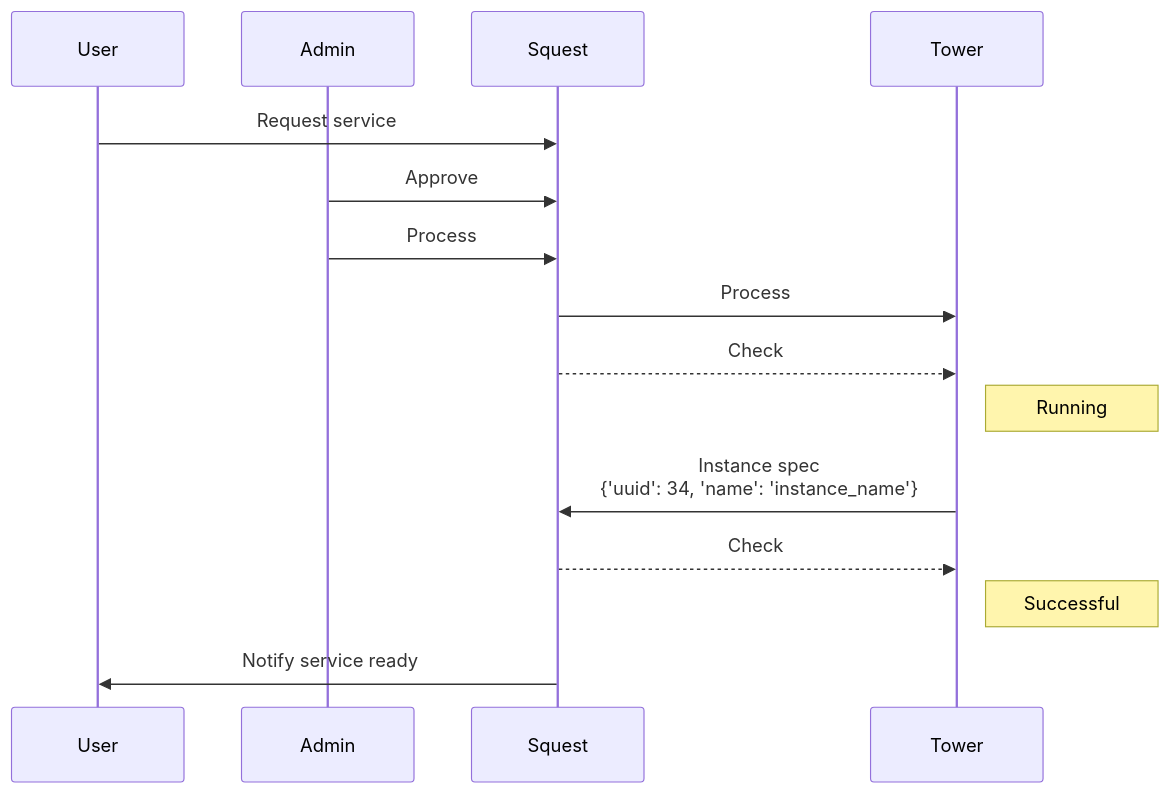
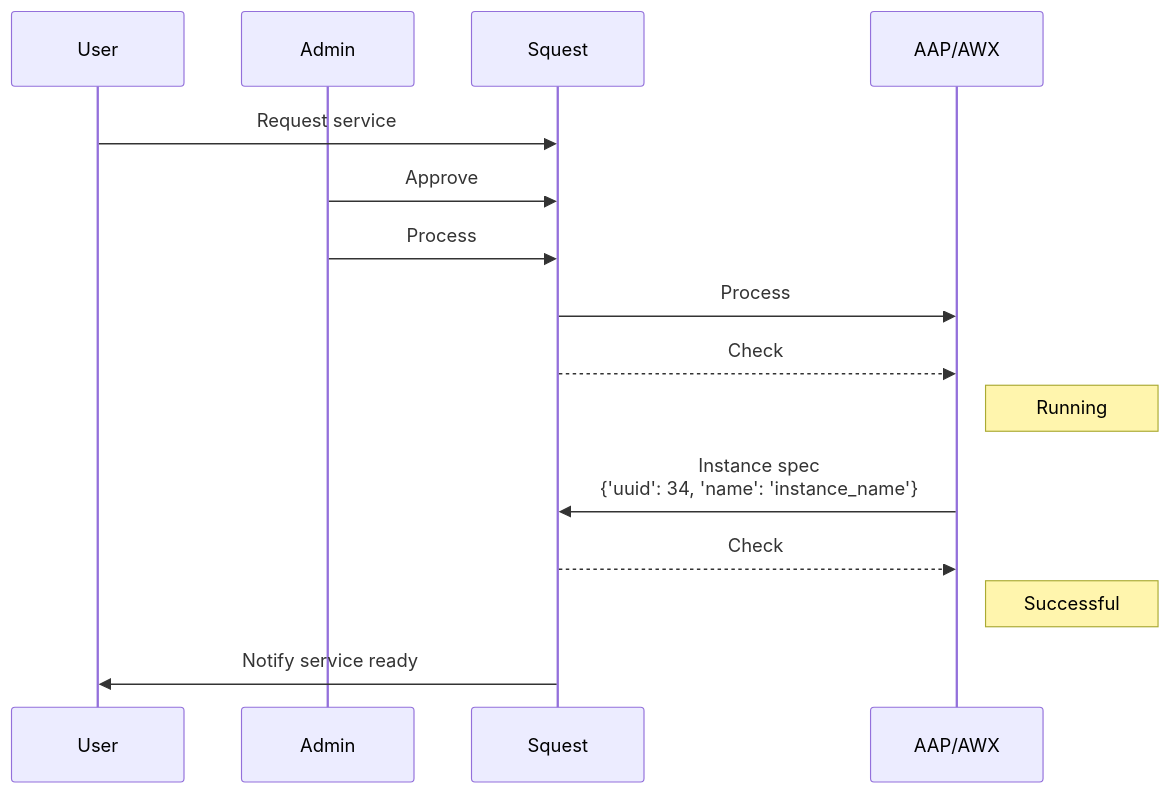
One commit to HewlettPackard/squest changed the first of 2 diagrams in docs/manual/service_catalog/concept.md. Above: the diagram before and after it, drawn with Mermaid. The commit also changed other lines of this file and 17 other files, not shown here.

Commit message:
Replace Tower by AAP in documentation

````diff
--- a/docs/manual/service_catalog/concept.md
+++ b/docs/manual/service_catalog/concept.md
@@ -19,17 +19,17 @@
 ```mermaid
 sequenceDiagram
     participant User
     participant Admin
     participant Squest
-    participant Tower
+    participant AAP/AWX
     User->>Squest: Request service
     Admin->>Squest: Approve
     Admin->>Squest: Process
-    Squest->>Tower: Process
-    Squest-->>Tower: Check
-    Note right of Tower: Running
-    Tower->>Squest: Instance spec <br> {'uuid': 34, 'name': 'instance_name'}
-    Squest-->>Tower: Check
-    Note right of Tower: Successful    
+    Squest->>AAP/AWX: Process
+    Squest-->>AAP/AWX: Check
+    Note right of AAP/AWX: Running
+    AAP/AWX->>Squest: Instance spec <br> {'uuid': 34, 'name': 'instance_name'}
+    Squest-->>AAP/AWX: Check
+    Note right of AAP/AWX: Successful    
     Squest->>User: Notify service ready
 ```
````
